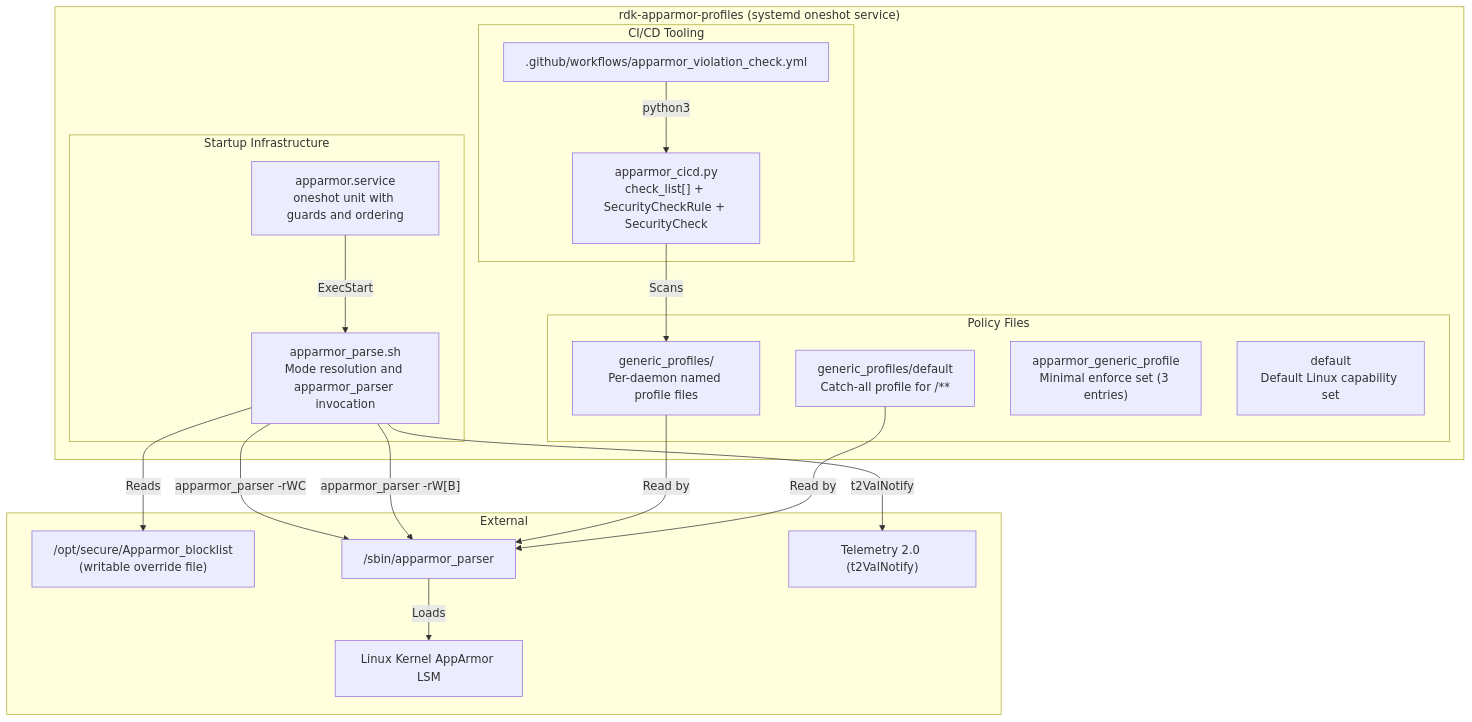
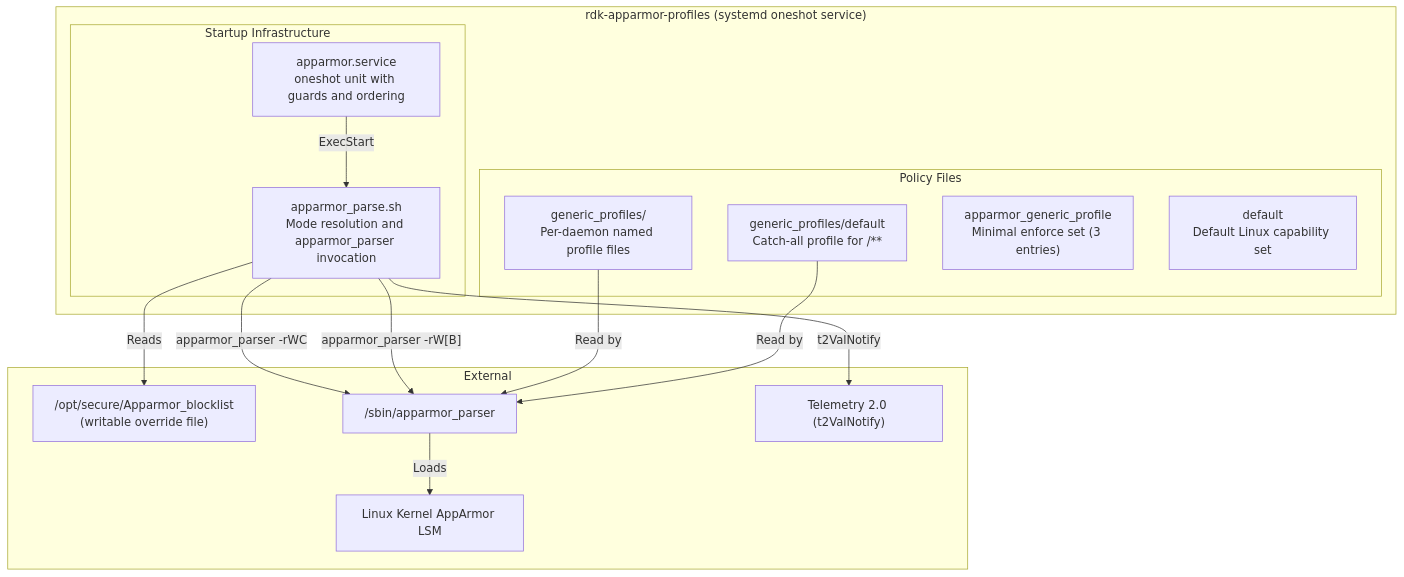
Before and after one commit to rns21/RDK_Documentation: the second of 8 diagrams in docs/docu/RDKV-Documentations/rdk-apparmor-profiles.md, drawn with Mermaid. The commit also changed other lines of this file, not shown here.

````diff
--- a/docs/docu/RDKV-Documentations/rdk-apparmor-profiles.md
+++ b/docs/docu/RDKV-Documentations/rdk-apparmor-profiles.md
@@ -51,39 +57,33 @@
 ```mermaid
 graph TD
     subgraph AppArmorComponent ["rdk-apparmor-profiles (systemd oneshot service)"]
         subgraph StartupInfra ["Startup Infrastructure"]
             SVC["apparmor.service\noneshot unit with guards and ordering"]
             SH["apparmor_parse.sh\nMode resolution and apparmor_parser invocation"]
         end
 
         subgraph PolicyFiles ["Policy Files"]
             GENERIC["generic_profiles/\nPer-daemon named profile files"]
             CATCHALL["generic_profiles/default\nCatch-all profile for /**"]
             GENPROF["apparmor_generic_profile\nMinimal enforce set (3 entries)"]
             DEFCAP["default\nDefault Linux capability set"]
         end
 
-        subgraph CITooling ["CI/CD Tooling"]
-            CICD["apparmor_cicd.py\ncheck_list[] + SecurityCheckRule + SecurityCheck"]
-            GHWF[".github/workflows/apparmor_violation_check.yml"]
-        end
     end
 
     subgraph External ["External"]
         BLOCKLIST["/opt/secure/Apparmor_blocklist\n(writable override file)"]
         PARSER["/sbin/apparmor_parser"]
         KERNEL["Linux Kernel AppArmor LSM"]
         T2["Telemetry 2.0 (t2ValNotify)"]
     end
 
     SVC -->|ExecStart| SH
     SH -->|Reads| BLOCKLIST
     SH -->|"apparmor_parser -rWC"| PARSER
     SH -->|"apparmor_parser -rW[B]"| PARSER
     PARSER -->|Loads| KERNEL
     GENERIC -->|Read by| PARSER
     CATCHALL -->|Read by| PARSER
     SH -->|t2ValNotify| T2
-    GHWF -->|python3| CICD
-    CICD -->|Scans| GENERIC
 ```
````
